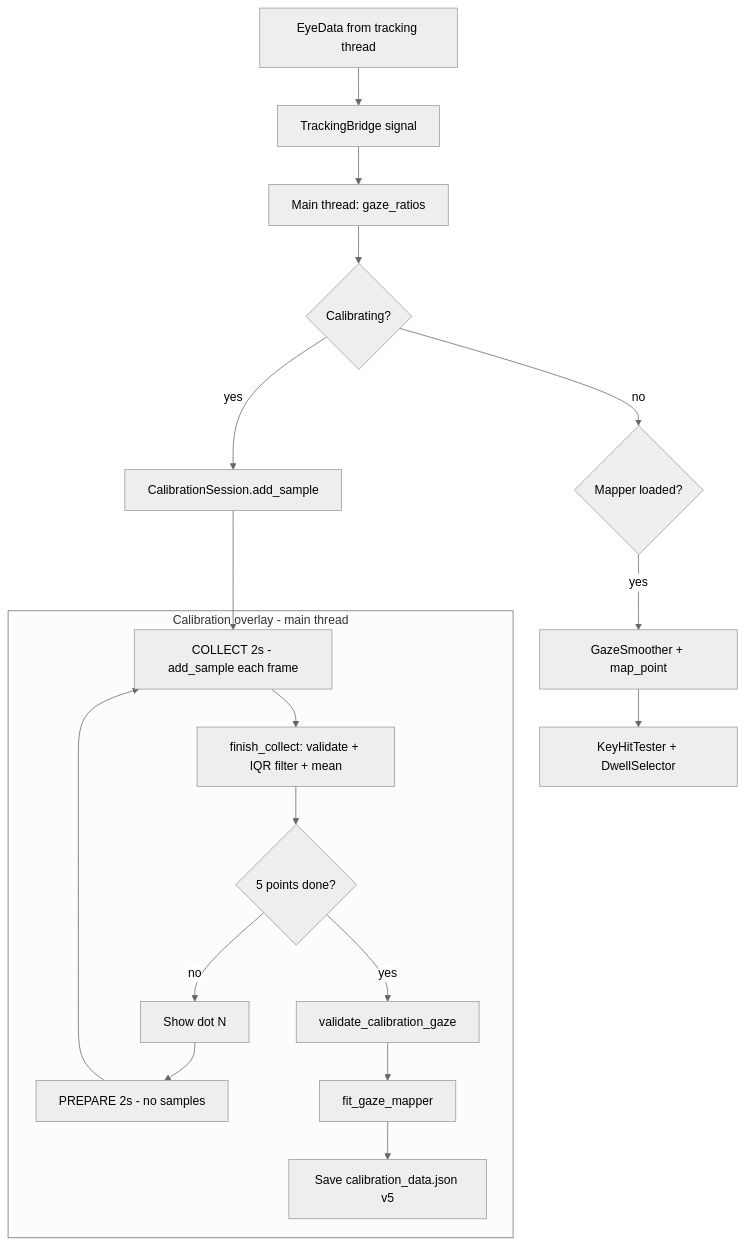
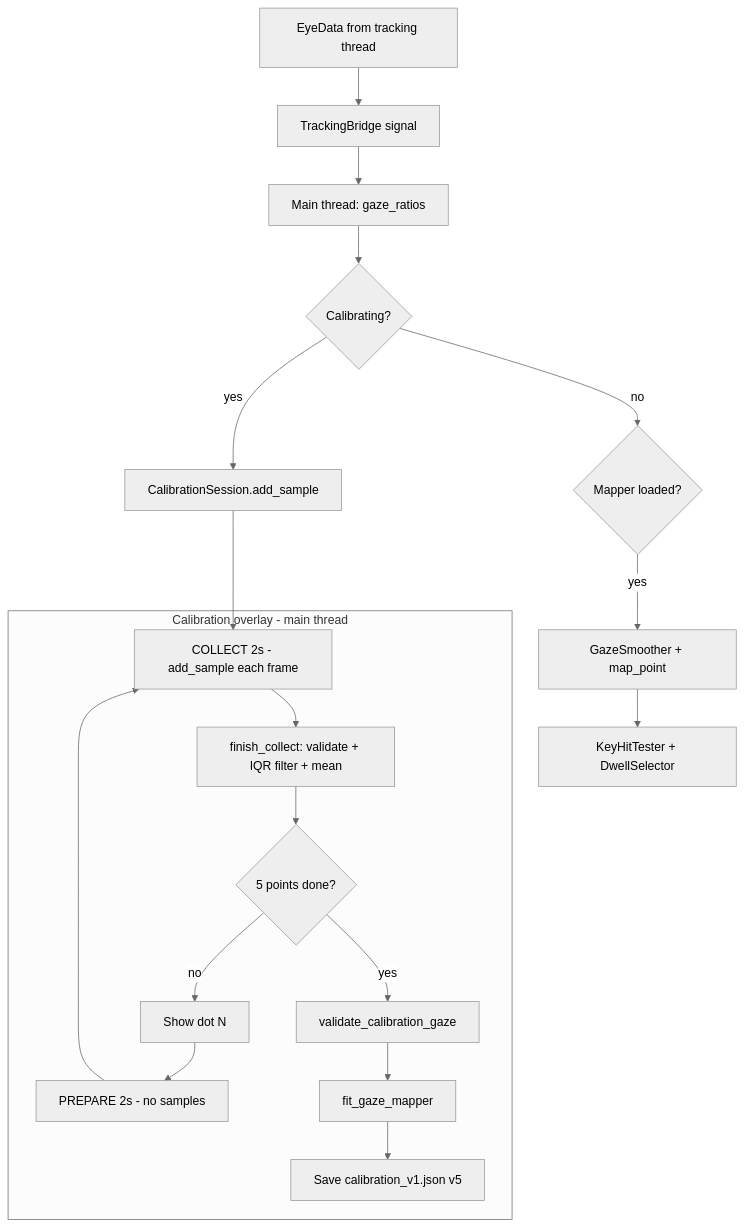
The diagram in gazekey/calibration/README.md (Hadar0109/GazeKey), drawn with Mermaid (neutral theme) before and after one commit. The commit also changed other lines of this file and 11 other files, not shown here.

````diff
--- a/gazekey/calibration/README.md
+++ b/gazekey/calibration/README.md
@@ -16,23 +16,23 @@
 ```mermaid
 flowchart TD
     A[EyeData from tracking thread] --> B[TrackingBridge signal]
     B --> C[Main thread: gaze_ratios]
     C --> D{Calibrating?}
     D -->|yes| E[CalibrationSession.add_sample]
     D -->|no| F{Mapper loaded?}
     F -->|yes| G[GazeSmoother + map_point]
     G --> H[KeyHitTester + DwellSelector]
 
     subgraph calib [Calibration overlay - main thread]
         I[Show dot N] --> J[PREPARE 2s - no samples]
         J --> K[COLLECT 2s - add_sample each frame]
         K --> L[finish_collect: validate + IQR filter + mean]
         L --> M{5 points done?}
         M -->|no| I
         M -->|yes| N[validate_calibration_gaze]
         N --> O[fit_gaze_mapper]
-        O --> P[Save calibration_data.json v5]
+        O --> P[Save calibration_v1.json v5]
     end
 
     E --> K
 ```
````
